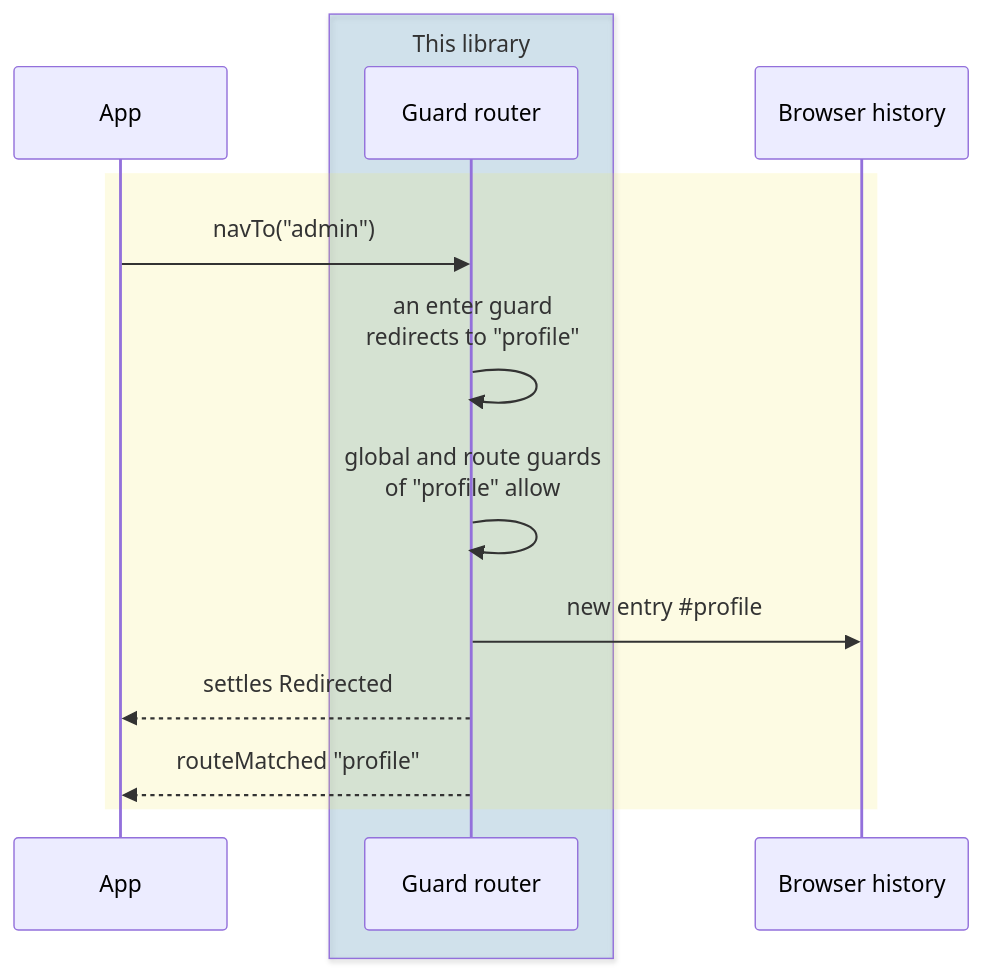
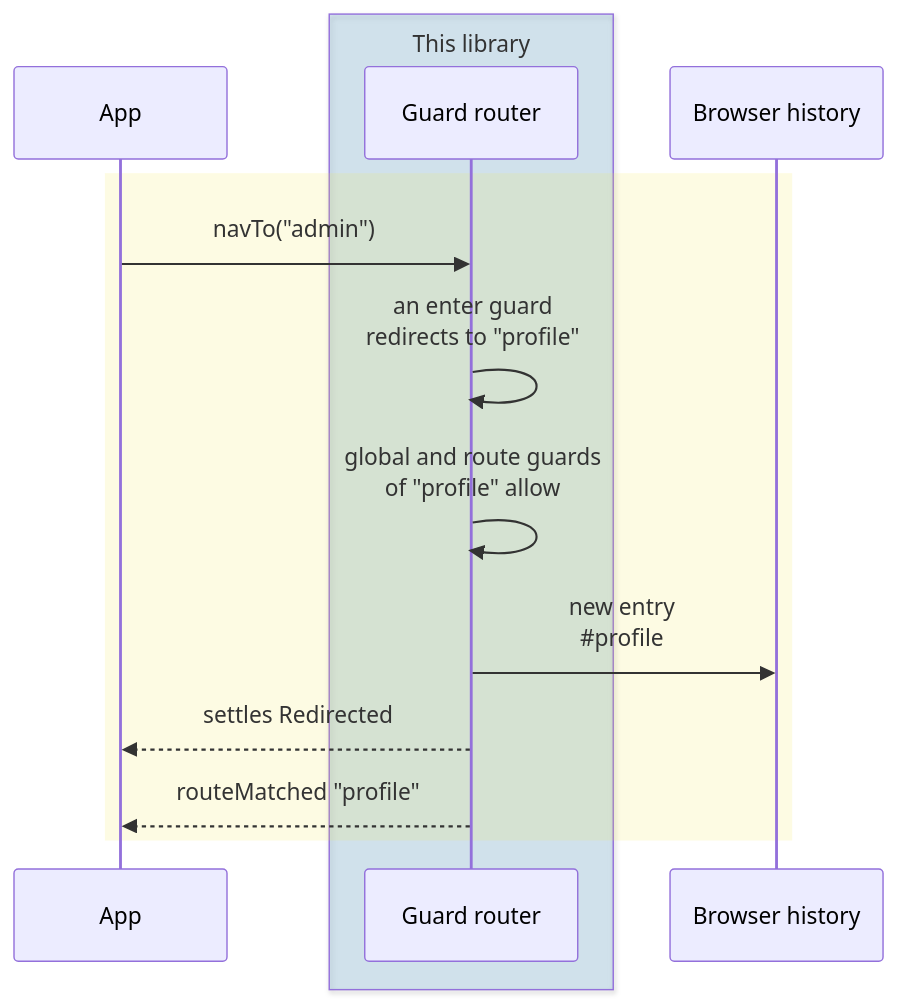
One commit to wridgeu/ui5-lib-guard-router changed the sixth of 9 diagrams in packages/lib/README.md. Above: the diagram before and after it, drawn with Mermaid. The commit also changed other lines of this file and 12 other files, not shown here.

````diff
--- a/packages/lib/README.md
+++ b/packages/lib/README.md
@@ -1050,16 +1229,16 @@
 ```mermaid
 sequenceDiagram
     participant App
     box rgba(0, 114, 178, 0.15) This library
         participant Router as Guard router
     end
     participant History as Browser history
     rect rgba(240, 228, 66, 0.15)
         App->>Router: navTo("admin")
         Router->>Router: an enter guard<br/>redirects to "profile"
         Router->>Router: global and route guards<br/>of "profile" allow
-        Router->>History: new entry #35;profile
+        Router->>History: new entry<br/>#35;profile
         Router-->>App: settles Redirected
         Router-->>App: routeMatched "profile"
     end
 ```
````
